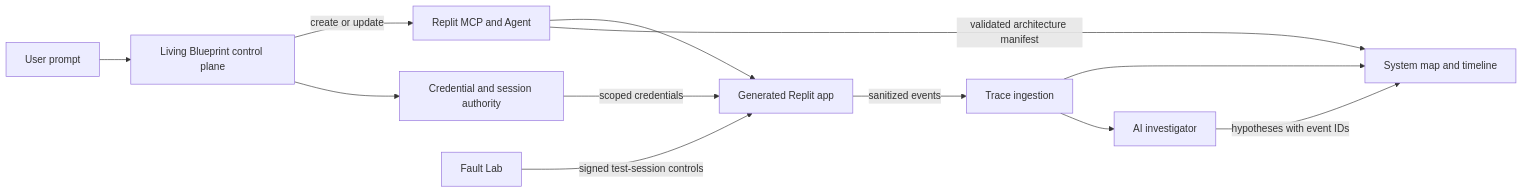
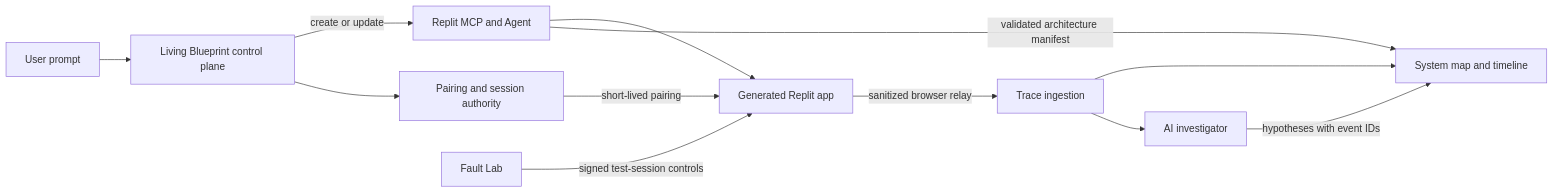
The diagram in docs/design.md (ArS377/app-creator), drawn with Mermaid before and after one commit. The commit also changed other lines of this file and 1 other file, not shown here.

````diff
--- a/docs/design.md
+++ b/docs/design.md
@@ -141,14 +141,14 @@
 ```mermaid
 flowchart LR
     U["User prompt"] --> C["Living Blueprint control plane"]
     C -->|"create or update"| R["Replit MCP and Agent"]
     R --> G["Generated Replit app"]
-    C --> T["Credential and session authority"]
-    T -->|"scoped credentials"| G
-    G -->|"sanitized events"| I["Trace ingestion"]
+    C --> T["Pairing and session authority"]
+    T -->|"short-lived pairing"| G
+    G -->|"sanitized browser relay"| I["Trace ingestion"]
     I --> V["System map and timeline"]
     I --> D["AI investigator"]
     D -->|"hypotheses with event IDs"| V
     F["Fault Lab"] -->|"signed test-session controls"| G
     R -->|"validated architecture manifest"| V
 ```
````
